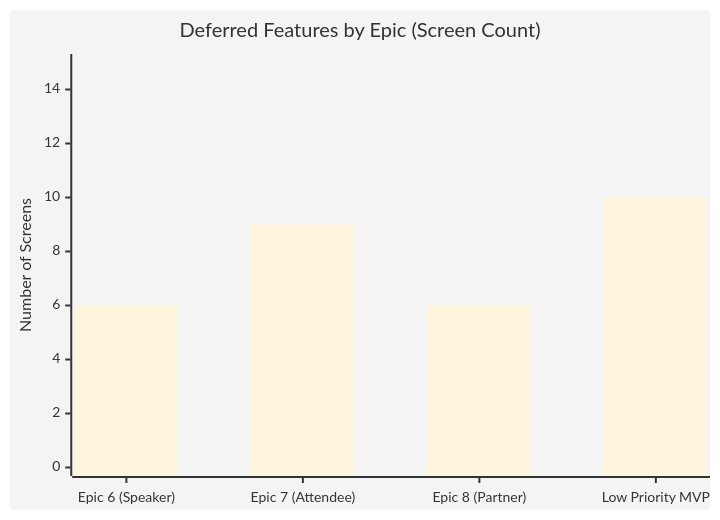
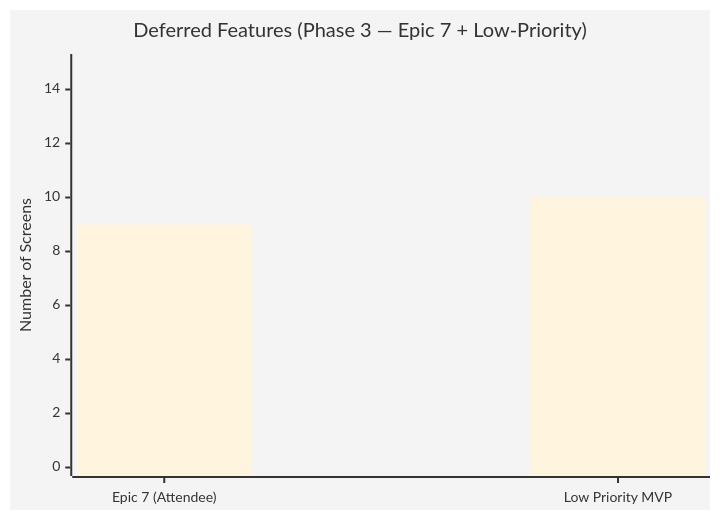
Before and after one commit to nissimbuchs/BATbern2: diagram 22 of 28 in docs/wireframes/sitemap-mermaid.md, drawn with Mermaid. The commit also changed other lines of this file and 20 other files, not shown here.

````diff
--- a/docs/wireframes/sitemap-mermaid.md
+++ b/docs/wireframes/sitemap-mermaid.md
@@ -683,8 +687,8 @@
 ```mermaid
 %%{init: {'theme':'base'}}%%
 xychart-beta
-    title "Deferred Features by Epic (Screen Count)"
-    x-axis ["Epic 6 (Speaker)", "Epic 7 (Attendee)", "Epic 8 (Partner)", "Low Priority MVP"]
+    title "Deferred Features (Phase 3 — Epic 7 + Low-Priority)"
+    x-axis ["Epic 7 (Attendee)", "Low Priority MVP"]
     y-axis "Number of Screens" 0 --> 15
-    bar [6, 9, 6, 10]
+    bar [9, 10]
 ```
````
